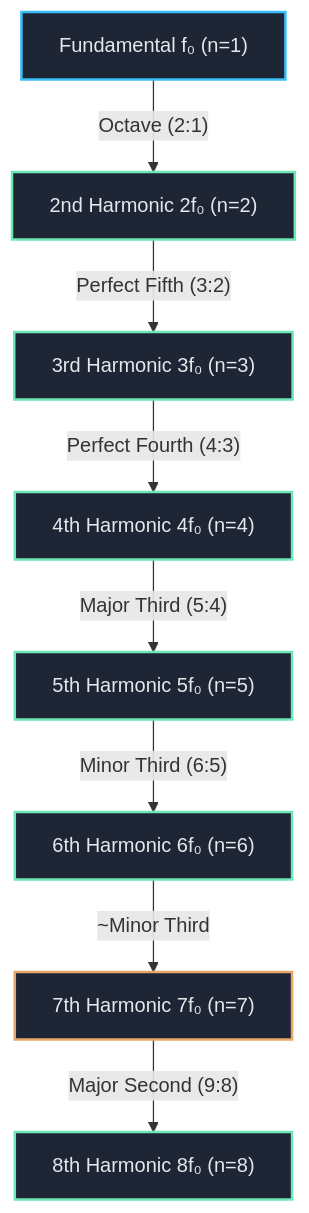
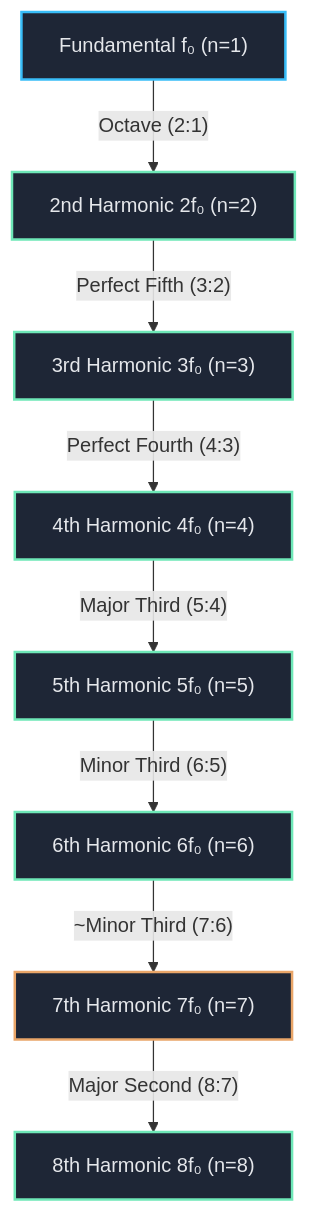
The first of 4 diagrams in topics/arts/music_performance/strings/lesson_02_music_theory_for_strings.md (blebleblee/synapse), drawn with Mermaid before and after one commit. The commit also changed other lines of this file and 4 other files, not shown here.

````diff
--- a/topics/arts/music_performance/strings/lesson_02_music_theory_for_strings.md
+++ b/topics/arts/music_performance/strings/lesson_02_music_theory_for_strings.md
@@ -37,19 +9,19 @@
 ```mermaid
 graph TD
     A["Fundamental f₀ (n=1)"] -->|"Octave (2:1)"| B["2nd Harmonic 2f₀ (n=2)"]
     B -->|"Perfect Fifth (3:2)"| C["3rd Harmonic 3f₀ (n=3)"]
     C -->|"Perfect Fourth (4:3)"| D["4th Harmonic 4f₀ (n=4)"]
     D -->|"Major Third (5:4)"| E["5th Harmonic 5f₀ (n=5)"]
     E -->|"Minor Third (6:5)"| F["6th Harmonic 6f₀ (n=6)"]
-    F -->|"~Minor Third"| G["7th Harmonic 7f₀ (n=7)"]
-    G -->|"Major Second (9:8)"| H["8th Harmonic 8f₀ (n=8)"]
+    F -->|"~Minor Third (7:6)"| G["7th Harmonic 7f₀ (n=7)"]
+    G -->|"Major Second (8:7)"| H["8th Harmonic 8f₀ (n=8)"]
     
     style A fill:#1E2636,stroke:#38BDF8,stroke-width:2px,color:#E5E7EB
     style B fill:#1E2636,stroke:#6EE7B7,stroke-width:2px,color:#E5E7EB
     style C fill:#1E2636,stroke:#6EE7B7,stroke-width:2px,color:#E5E7EB
     style D fill:#1E2636,stroke:#6EE7B7,stroke-width:2px,color:#E5E7EB
     style E fill:#1E2636,stroke:#6EE7B7,stroke-width:2px,color:#E5E7EB
     style F fill:#1E2636,stroke:#6EE7B7,stroke-width:2px,color:#E5E7EB
     style G fill:#1E2636,stroke:#E9A568,stroke-width:2px,color:#E5E7EB
     style H fill:#1E2636,stroke:#6EE7B7,stroke-width:2px,color:#E5E7EB
 ```
````
